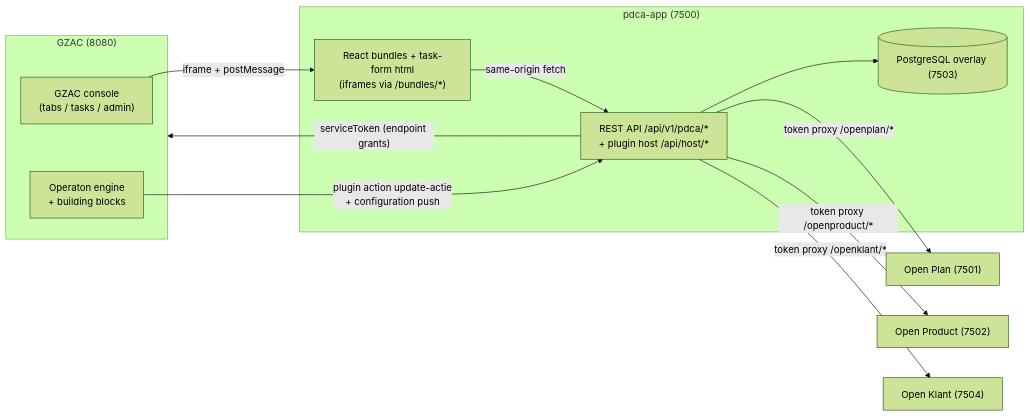
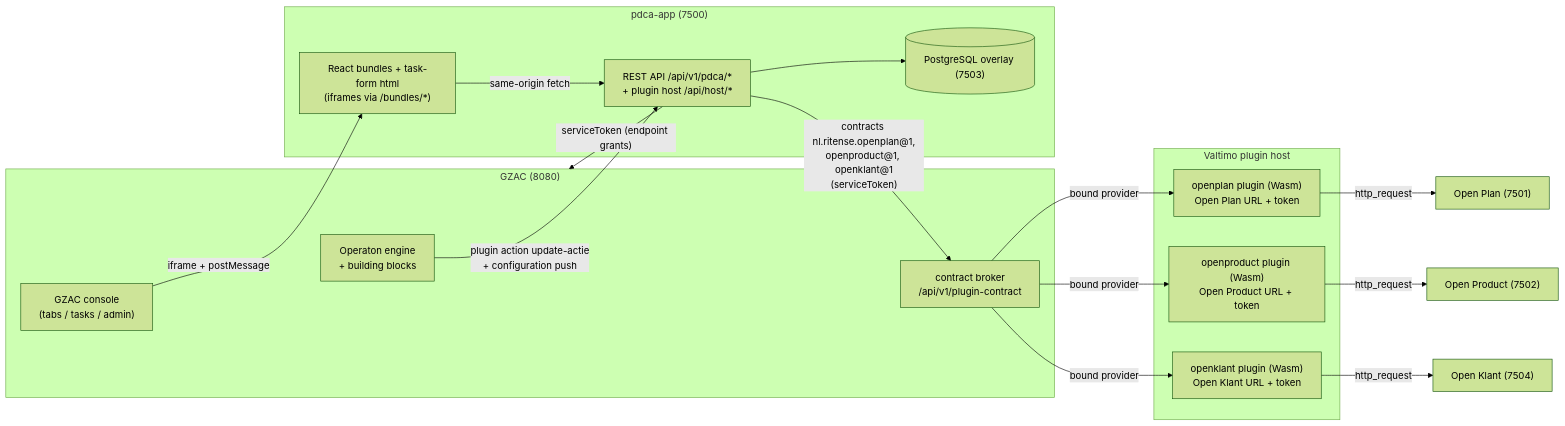
Before and after one commit to ritense/pdca-service: the first of 2 diagrams in ARCHITECTURE.md, drawn with Mermaid (forest theme). The commit also changed other lines of this file and 65 other files, not shown here.

First line of the commit message:
Reach the registers through GZAC register plugin contracts

````diff
--- a/ARCHITECTURE.md
+++ b/ARCHITECTURE.md
@@ -30,24 +33,34 @@
 ```mermaid
 flowchart LR
     subgraph GZAC["GZAC (8080)"]
         UI["GZAC console<br/>(tabs / tasks / admin)"]
         ENGINE["Operaton engine<br/>+ building blocks"]
+        BROKER["contract broker<br/>/api/v1/plugin-contract"]
     end
     subgraph APP["pdca-app (7500)"]
         FE["React bundles + task-form html<br/>(iframes via /bundles/*)"]
         API["REST API /api/v1/pdca/*<br/>+ plugin host /api/host/*"]
         DB[("PostgreSQL overlay (7503)")]
+    end
+    subgraph HOST["Valtimo plugin host"]
+        OPP["openplan plugin (Wasm)<br/>Open Plan URL + token"]
+        OPRP["openproduct plugin (Wasm)<br/>Open Product URL + token"]
+        OKP["openklant plugin (Wasm)<br/>Open Klant URL + token"]
     end
     OP["Open Plan (7501)"]
     OPR["Open Product (7502)"]
     OK["Open Klant (7504)"]
 
     UI -- "iframe + postMessage" --> FE
     FE -- "same-origin fetch" --> API
     API --> DB
-    API -- "token proxy /openplan/*" --> OP
-    API -- "token proxy /openproduct/*" --> OPR
-    API -- "token proxy /openklant/*" --> OK
+    API -- "contracts nl.ritense.openplan@1,<br/>openproduct@1, openklant@1<br/>(serviceToken)" --> BROKER
+    BROKER -- "bound provider" --> OPP
+    BROKER -- "bound provider" --> OPRP
+    BROKER -- "bound provider" --> OKP
+    OPP -- "http_request" --> OP
+    OPRP -- "http_request" --> OPR
+    OKP -- "http_request" --> OK
     API -- "serviceToken (endpoint grants)" --> GZAC
     ENGINE -- "plugin action update-actie<br/>+ configuration push" --> API
 ```
````
